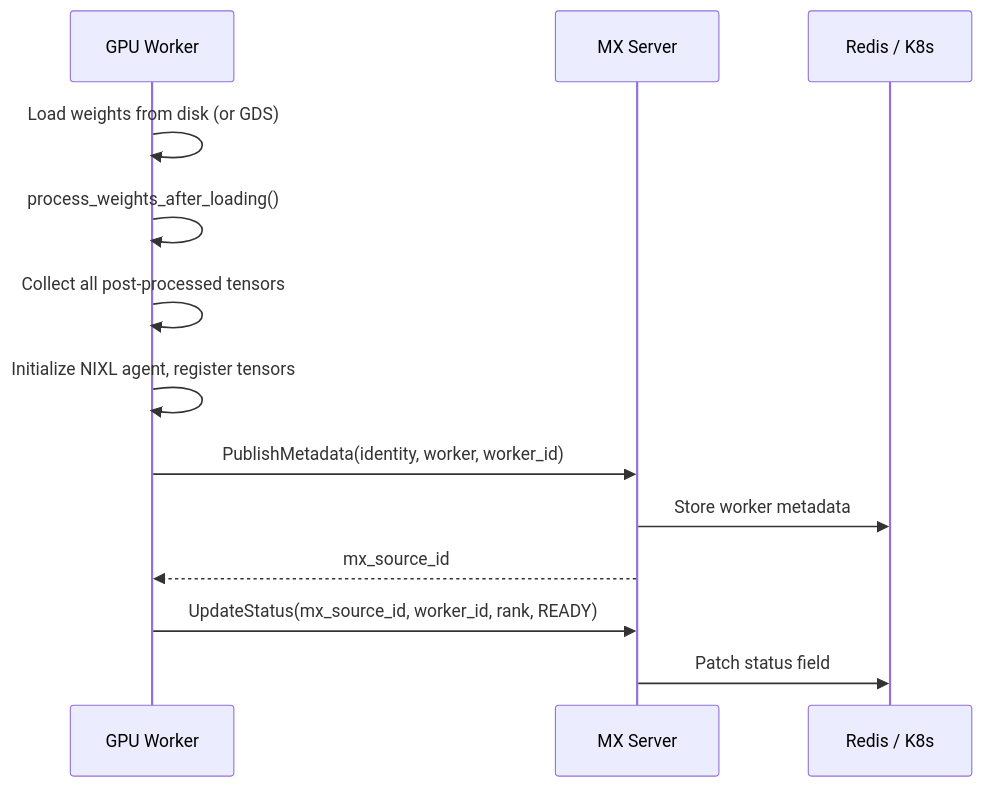
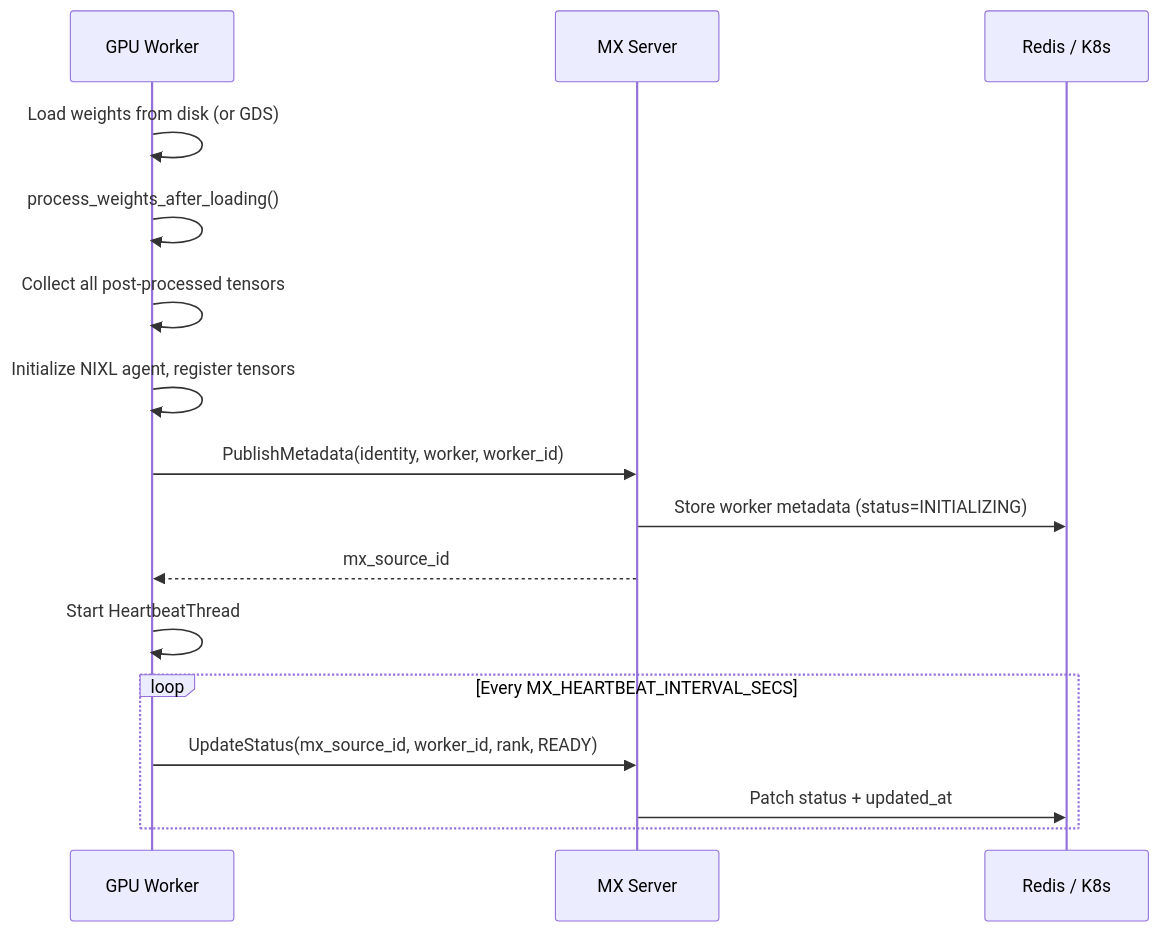
The second of 3 diagrams in docs/metadata.md (ai-dynamo/modelexpress), drawn with Mermaid before and after one commit. The commit also changed other lines of this file and 2 other files, not shown here.

First line of the commit message:
docs: update metadata and architecture docs for heartbeat/reaper

````diff
--- a/docs/metadata.md
+++ b/docs/metadata.md
@@ -238,16 +242,19 @@
 ```mermaid
 sequenceDiagram
     participant W as GPU Worker
     participant MX as MX Server
     participant Backend as Redis / K8s
 
     W->>W: Load weights from disk (or GDS)
     W->>W: process_weights_after_loading()
     W->>W: Collect all post-processed tensors
     W->>W: Initialize NIXL agent, register tensors
     W->>MX: PublishMetadata(identity, worker, worker_id)
-    MX->>Backend: Store worker metadata
+    MX->>Backend: Store worker metadata (status=INITIALIZING)
     MX-->>W: mx_source_id
-    W->>MX: UpdateStatus(mx_source_id, worker_id, rank, READY)
-    MX->>Backend: Patch status field
+    W->>W: Start HeartbeatThread
+    loop Every MX_HEARTBEAT_INTERVAL_SECS
+        W->>MX: UpdateStatus(mx_source_id, worker_id, rank, READY)
+        MX->>Backend: Patch status + updated_at
+    end
 ```
````
